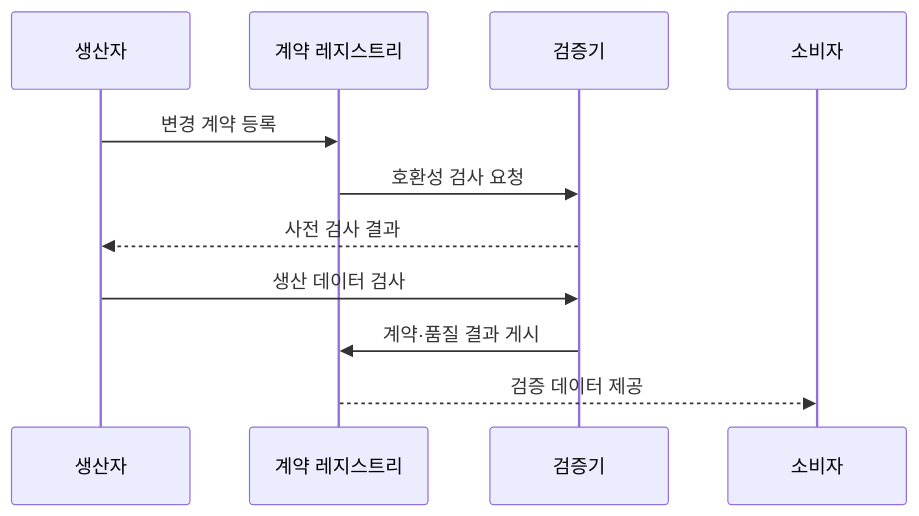
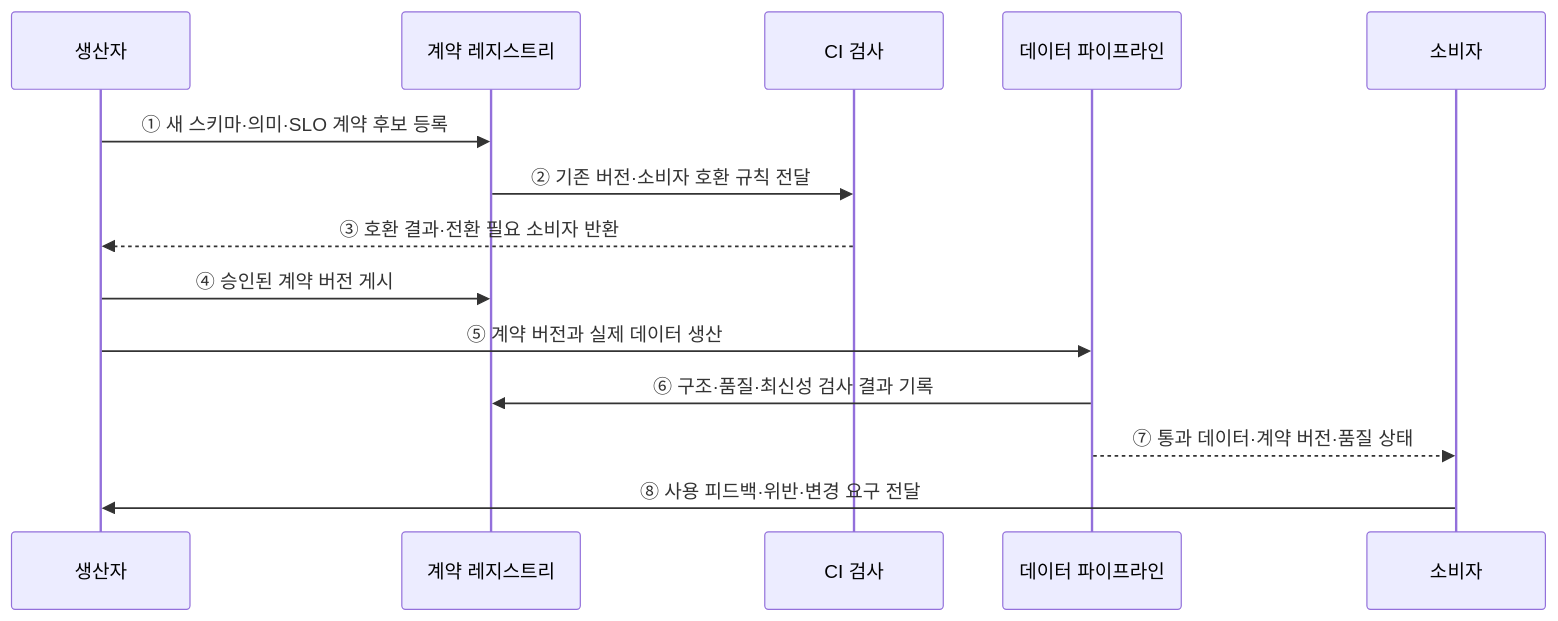
The second of 2 diagrams in src/content/docs/notes/03-software/140_data_contract.md (agnusdei1207/knowledge-base), drawn with Mermaid before and after one commit. The commit also changed other lines of this file and 20 other files, not shown here.

````diff
--- a/src/content/docs/notes/03-software/140_data_contract.md
+++ b/src/content/docs/notes/03-software/140_data_contract.md
@@ -80,13 +72,16 @@
 ```mermaid
 sequenceDiagram
     participant P as 생산자
     participant R as 계약 레지스트리
-    participant V as 검증기
+    participant C as CI 검사
+    participant V as 데이터 파이프라인
     participant U as 소비자
-    P->>R: 변경 계약 등록
-    R->>V: 호환성 검사 요청
-    V-->>P: 사전 검사 결과
-    P->>V: 생산 데이터 검사
-    V->>R: 계약·품질 결과 게시
-    R-->>U: 검증 데이터 제공
+    P->>R: ① 새 스키마·의미·SLO 계약 후보 등록
+    R->>C: ② 기존 버전·소비자 호환 규칙 전달
+    C-->>P: ③ 호환 결과·전환 필요 소비자 반환
+    P->>R: ④ 승인된 계약 버전 게시
+    P->>V: ⑤ 계약 버전과 실제 데이터 생산
+    V->>R: ⑥ 구조·품질·최신성 검사 결과 기록
+    V-->>U: ⑦ 통과 데이터·계약 버전·품질 상태
+    U->>P: ⑧ 사용 피드백·위반·변경 요구 전달
 ```
````
